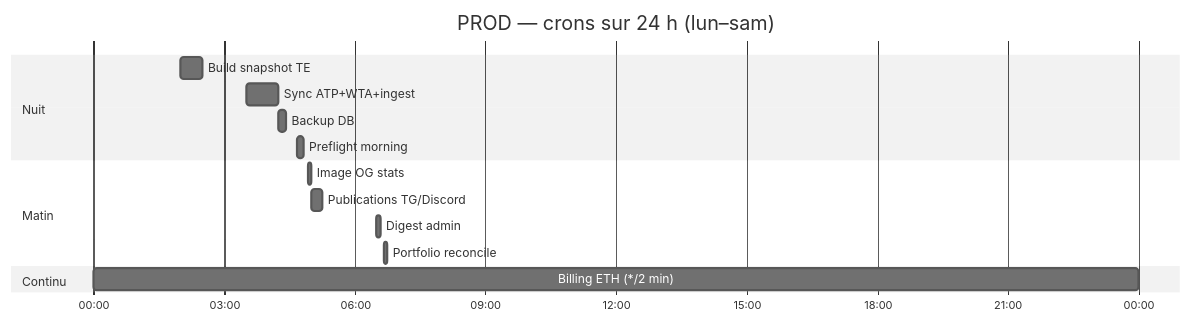
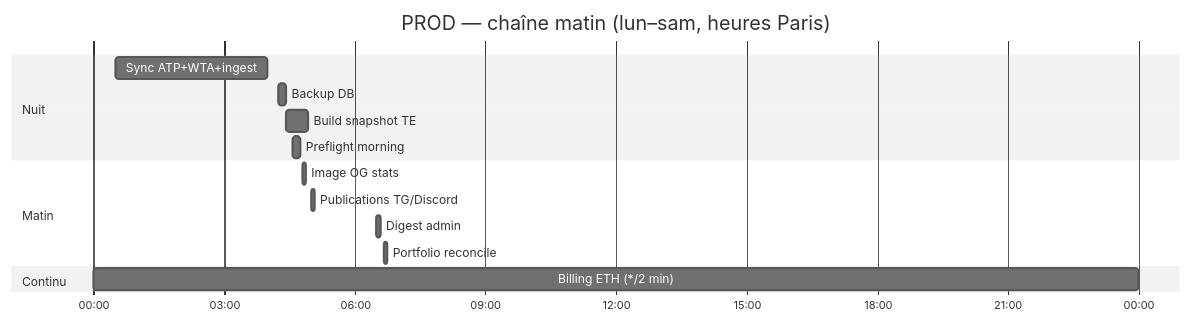
The diagram in docs/CRONS_SEMAINE.md (Miou-ux/BettingHUD), drawn with Mermaid (neutral theme) before and after one commit. The commit also changed other lines of this file and 10 other files, not shown here.

First line of the commit message:
Replanifier la chaine matin pour publier a 05:00 Paris.

````diff
--- a/docs/CRONS_SEMAINE.md
+++ b/docs/CRONS_SEMAINE.md
@@ -52,18 +52,18 @@
 ```mermaid
 gantt
-    title PROD — crons sur 24 h (lun–sam)
+    title PROD — chaîne matin (lun–sam, heures Paris)
     dateFormat HH:mm
     axisFormat %H:%M
     section Nuit
-    Build snapshot TE     :02:00, 30m
-    Sync ATP+WTA+ingest   :03:30, 45m
+    Sync ATP+WTA+ingest   :00:30, 210m
     Backup DB             :04:15, 10m
-    Preflight morning     :04:40, 10m
+    Build snapshot TE     :04:25, 30m
+    Preflight morning     :04:35, 10m
     section Matin
-    Image OG stats        :04:55, 5m
-    Publications TG/Discord :05:00, 15m
+    Image OG stats        :04:48, 5m
+    Publications TG/Discord :05:00, 5m
     Digest admin          :06:30, 5m
     Portfolio reconcile   :06:40, 5m
     section Continu
     Billing ETH (*/2 min)   :00:00, 24h
 ```
````
